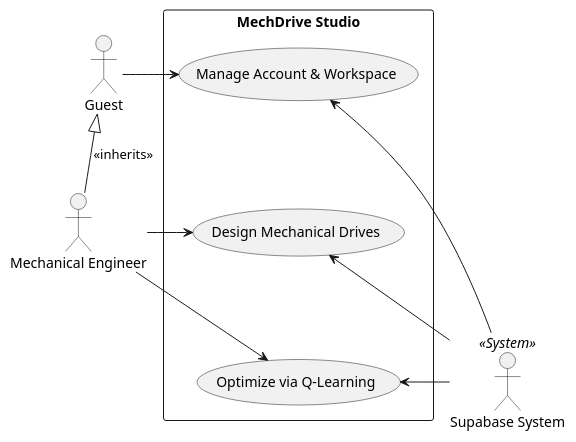
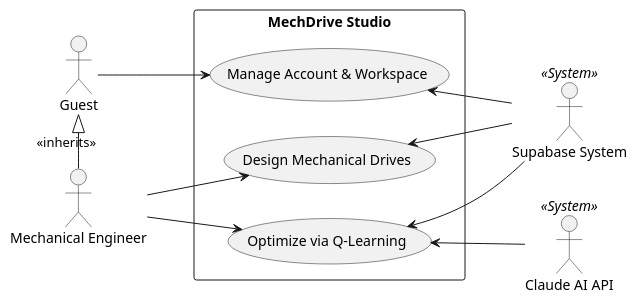
The diagram in docs/uml/uc_high_level.puml (dvydinh/mechdrive), drawn with PlantUML before and after one commit. The commit also changed 5 other files, not shown here.

```diff
--- a/docs/uml/uc_high_level.puml
+++ b/docs/uml/uc_high_level.puml
@@ -1,27 +1,27 @@
 @startuml
+left to right direction
 skinparam packageStyle rectangle
 
 actor "Guest" as guest
 actor "Mechanical Engineer" as eng
 actor "Supabase System" as supa << System >>
+actor "Claude AI API" as claude << System >>
 
 package "MechDrive Studio" {
   usecase "Manage Account & Workspace" as UC1
   usecase "Design Mechanical Drives" as UC2
   usecase "Optimize via Q-Learning" as UC3
 }
 
-UC1 -[hidden]down-> UC2
-UC2 -[hidden]down-> UC3
-
 guest <|- eng : <<inherits>>
 
-guest -right-> UC1
-eng -right-> UC2
-eng -right-> UC3
+guest --> UC1
+eng --> UC2
+eng --> UC3
 
-supa -left-> UC1
-supa -left-> UC2
-supa -left-> UC3
+UC1 <-- supa
+UC2 <-- supa
+UC3 <-- supa
+UC3 <-- claude
 
 @enduml
```
